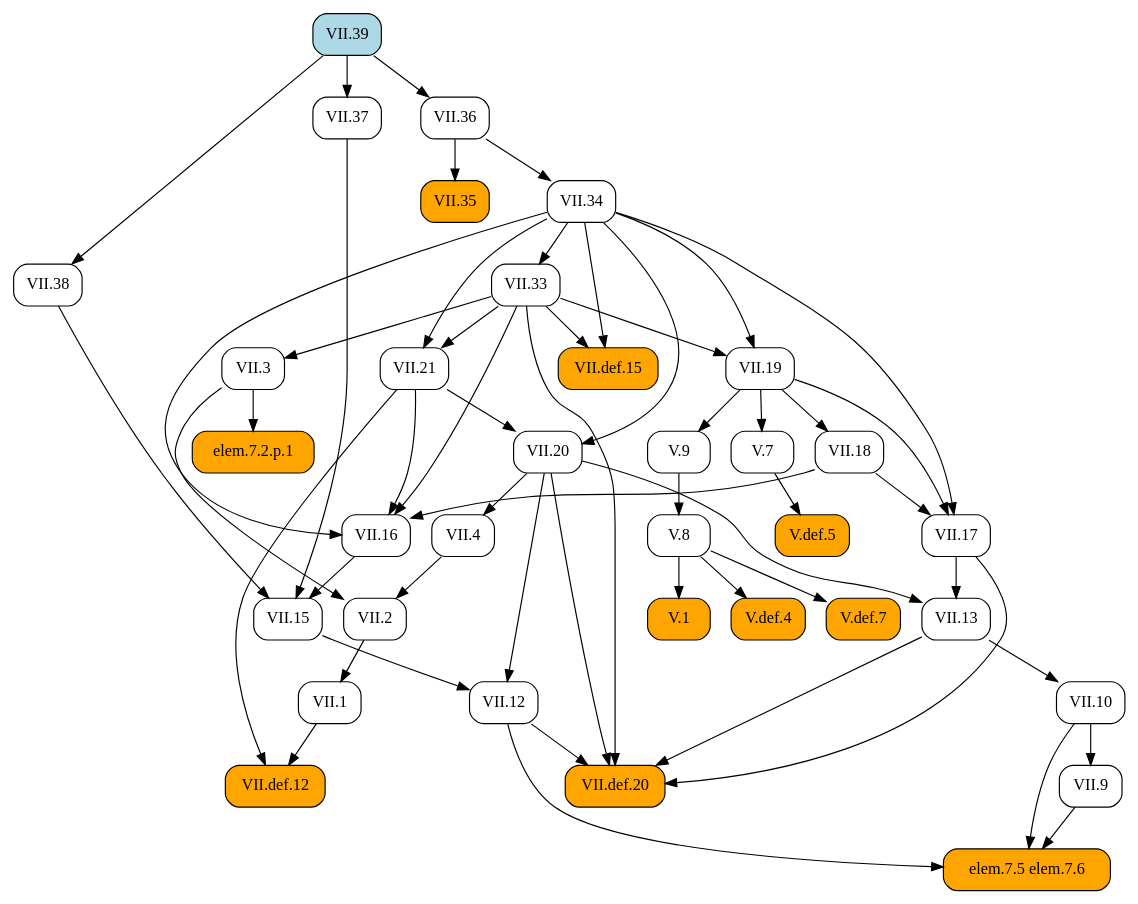
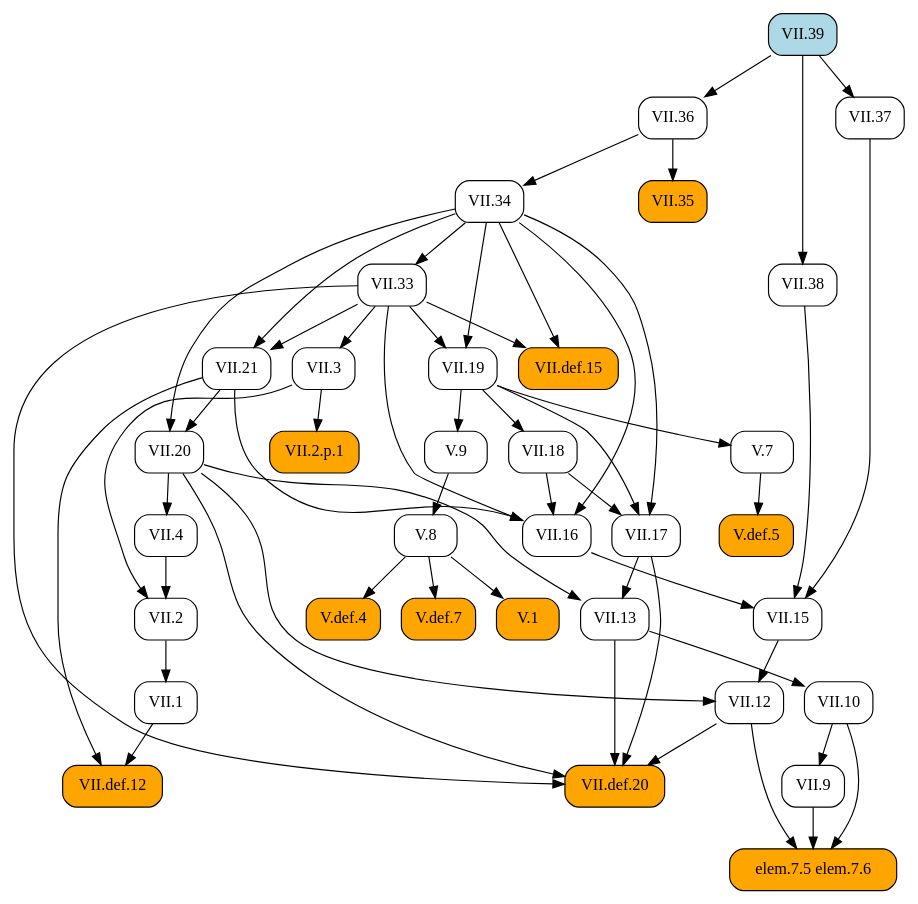
Before and after one commit to geometor/elements: the diagram in docsrc/heath/VII/39/index.rst, drawn with Graphviz. The commit also changed 484 other files, not shown here.

```diff
--- a/docsrc/heath/VII/39/index.rst
+++ b/docsrc/heath/VII/39/index.rst
@@ -46,92 +46,92 @@
    digraph {
      rankdir="TB";
      node [shape=box, style=rounded];
-     "VII.36" [URL="/heath/VII/36/", target="_top"];
-     "VII.1" [URL="/heath/VII/1/", target="_top"];
+     "VII.33" [URL="/heath/VII/33/", target="_top"];
+     "VII.12" [URL="/heath/VII/12/", target="_top"];
+     "elem.7.5 elem.7.6" [style="rounded,filled", fillcolor=orange];
      "VII.9" [URL="/heath/VII/9/", target="_top"];
+     "VII.34" [URL="/heath/VII/34/", target="_top"];
+     "VII.18" [URL="/heath/VII/18/", target="_top"];
+     "VII.16" [URL="/heath/VII/16/", target="_top"];
+     "V.7" [URL="/heath/V/7/", target="_top"];
+     "VII.39" [style="rounded,filled", fillcolor=lightblue, URL="/heath/VII/39/", target="_top"];
      "V.def.5" [style="rounded,filled", fillcolor=orange, URL="/heath/V/def.5/", target="_top"];
+     "V.9" [URL="/heath/V/9/", target="_top"];
+     "VII.10" [URL="/heath/VII/10/", target="_top"];
+     "VII.13" [URL="/heath/VII/13/", target="_top"];
+     "VII.def.15" [style="rounded,filled", fillcolor=orange, URL="/heath/VII/def.15/", target="_top"];
+     "VII.35" [style="rounded,filled", fillcolor=orange, URL="/heath/VII/35/", target="_top"];
      "VII.17" [URL="/heath/VII/17/", target="_top"];
-     "VII.3" [URL="/heath/VII/3/", target="_top"];
-     "elem.7.5 elem.7.6" [style="rounded,filled", fillcolor=orange];
-     "V.7" [URL="/heath/V/7/", target="_top"];
-     "V.9" [URL="/heath/V/9/", target="_top"];
-     "VII.13" [URL="/heath/VII/13/", target="_top"];
+     "VII.19" [URL="/heath/VII/19/", target="_top"];
      "VII.2" [URL="/heath/VII/2/", target="_top"];
-     "VII.12" [URL="/heath/VII/12/", target="_top"];
-     "VII.def.12" [style="rounded,filled", fillcolor=orange, URL="/heath/VII/def.12/", target="_top"];
-     "V.8" [URL="/heath/V/8/", target="_top"];
-     "VII.33" [URL="/heath/VII/33/", target="_top"];
-     "elem.7.2.p.1" [style="rounded,filled", fillcolor=orange];
-     "VII.10" [URL="/heath/VII/10/", target="_top"];
-     "VII.def.15" [style="rounded,filled", fillcolor=orange, URL="/heath/VII/def.15/", target="_top"];
-     "VII.19" [URL="/heath/VII/19/", target="_top"];
-     "VII.18" [URL="/heath/VII/18/", target="_top"];
-     "VII.39" [style="rounded,filled", fillcolor=lightblue, URL="/heath/VII/39/", target="_top"];
-     "VII.16" [URL="/heath/VII/16/", target="_top"];
-     "VII.4" [URL="/heath/VII/4/", target="_top"];
-     "VII.21" [URL="/heath/VII/21/", target="_top"];
-     "V.1" [style="rounded,filled", fillcolor=orange, URL="/heath/V/1/", target="_top"];
-     "VII.38" [URL="/heath/VII/38/", target="_top"];
-     "VII.35" [style="rounded,filled", fillcolor=orange, URL="/heath/VII/35/", target="_top"];
-     "VII.37" [URL="/heath/VII/37/", target="_top"];
-     "VII.20" [URL="/heath/VII/20/", target="_top"];
-     "VII.34" [URL="/heath/VII/34/", target="_top"];
+     "VII.def.20" [style="rounded,filled", fillcolor=orange, URL="/heath/VII/def.20/", target="_top"];
+     "VII.2.p.1" [style="rounded,filled", fillcolor=orange];
+     "VII.15" [URL="/heath/VII/15/", target="_top"];
      "V.def.4" [style="rounded,filled", fillcolor=orange, URL="/heath/V/def.4/", target="_top"];
      "V.def.7" [style="rounded,filled", fillcolor=orange, URL="/heath/V/def.7/", target="_top"];
-     "VII.15" [URL="/heath/VII/15/", target="_top"];
-     "VII.def.20" [style="rounded,filled", fillcolor=orange, URL="/heath/VII/def.20/", target="_top"];
-     "VII.39" -> "VII.36";
-     "VII.2" -> "VII.1";
-     "VII.10" -> "VII.9";
-     "V.7" -> "V.def.5";
-     "VII.18" -> "VII.17";
-     "VII.19" -> "VII.17";
-     "VII.34" -> "VII.17";
-     "VII.33" -> "VII.3";
+     "VII.36" [URL="/heath/VII/36/", target="_top"];
+     "VII.21" [URL="/heath/VII/21/", target="_top"];
+     "VII.1" [URL="/heath/VII/1/", target="_top"];
+     "V.8" [URL="/heath/V/8/", target="_top"];
+     "VII.38" [URL="/heath/VII/38/", target="_top"];
+     "VII.4" [URL="/heath/VII/4/", target="_top"];
+     "VII.def.12" [style="rounded,filled", fillcolor=orange, URL="/heath/VII/def.12/", target="_top"];
+     "V.1" [style="rounded,filled", fillcolor=orange, URL="/heath/V/1/", target="_top"];
+     "VII.37" [URL="/heath/VII/37/", target="_top"];
+     "VII.3" [URL="/heath/VII/3/", target="_top"];
+     "VII.20" [URL="/heath/VII/20/", target="_top"];
+     "VII.34" -> "VII.33";
+     "VII.15" -> "VII.12";
+     "VII.20" -> "VII.12";
      "VII.9" -> "elem.7.5 elem.7.6";
      "VII.10" -> "elem.7.5 elem.7.6";
      "VII.12" -> "elem.7.5 elem.7.6";
-     "VII.19" -> "V.7";
-     "VII.19" -> "V.9";
-     "VII.17" -> "VII.13";
-     "VII.20" -> "VII.13";
-     "VII.3" -> "VII.2";
-     "VII.4" -> "VII.2";
-     "VII.15" -> "VII.12";
-     "VII.20" -> "VII.12";
-     "VII.1" -> "VII.def.12";
-     "VII.21" -> "VII.def.12";
-     "V.9" -> "V.8";
-     "VII.34" -> "VII.33";
-     "VII.3" -> "elem.7.2.p.1";
-     "VII.13" -> "VII.10";
-     "VII.33" -> "VII.def.15";
-     "VII.34" -> "VII.def.15";
-     "VII.33" -> "VII.19";
-     "VII.34" -> "VII.19";
+     "VII.10" -> "VII.9";
+     "VII.36" -> "VII.34";
      "VII.19" -> "VII.18";
      "VII.18" -> "VII.16";
      "VII.21" -> "VII.16";
      "VII.33" -> "VII.16";
      "VII.34" -> "VII.16";
-     "VII.20" -> "VII.4";
-     "VII.33" -> "VII.21";
-     "VII.34" -> "VII.21";
-     "V.8" -> "V.1";
-     "VII.39" -> "VII.38";
+     "VII.19" -> "V.7";
+     "V.7" -> "V.def.5";
+     "VII.19" -> "V.9";
+     "VII.13" -> "VII.10";
+     "VII.17" -> "VII.13";
+     "VII.20" -> "VII.13";
+     "VII.33" -> "VII.def.15";
+     "VII.34" -> "VII.def.15";
      "VII.36" -> "VII.35";
-     "VII.39" -> "VII.37";
-     "VII.21" -> "VII.20";
-     "VII.34" -> "VII.20";
-     "VII.36" -> "VII.34";
-     "V.8" -> "V.def.4";
-     "V.8" -> "V.def.7";
-     "VII.16" -> "VII.15";
-     "VII.37" -> "VII.15";
-     "VII.38" -> "VII.15";
+     "VII.18" -> "VII.17";
+     "VII.19" -> "VII.17";
+     "VII.34" -> "VII.17";
+     "VII.33" -> "VII.19";
+     "VII.34" -> "VII.19";
+     "VII.3" -> "VII.2";
+     "VII.4" -> "VII.2";
      "VII.12" -> "VII.def.20";
      "VII.13" -> "VII.def.20";
      "VII.17" -> "VII.def.20";
      "VII.20" -> "VII.def.20";
      "VII.33" -> "VII.def.20";
+     "VII.3" -> "VII.2.p.1";
+     "VII.16" -> "VII.15";
+     "VII.37" -> "VII.15";
+     "VII.38" -> "VII.15";
+     "V.8" -> "V.def.4";
+     "V.8" -> "V.def.7";
+     "VII.39" -> "VII.36";
+     "VII.33" -> "VII.21";
+     "VII.34" -> "VII.21";
+     "VII.2" -> "VII.1";
+     "V.9" -> "V.8";
+     "VII.39" -> "VII.38";
+     "VII.20" -> "VII.4";
+     "VII.1" -> "VII.def.12";
+     "VII.21" -> "VII.def.12";
+     "V.8" -> "V.1";
+     "VII.39" -> "VII.37";
+     "VII.33" -> "VII.3";
+     "VII.21" -> "VII.20";
+     "VII.34" -> "VII.20";
    }
```
